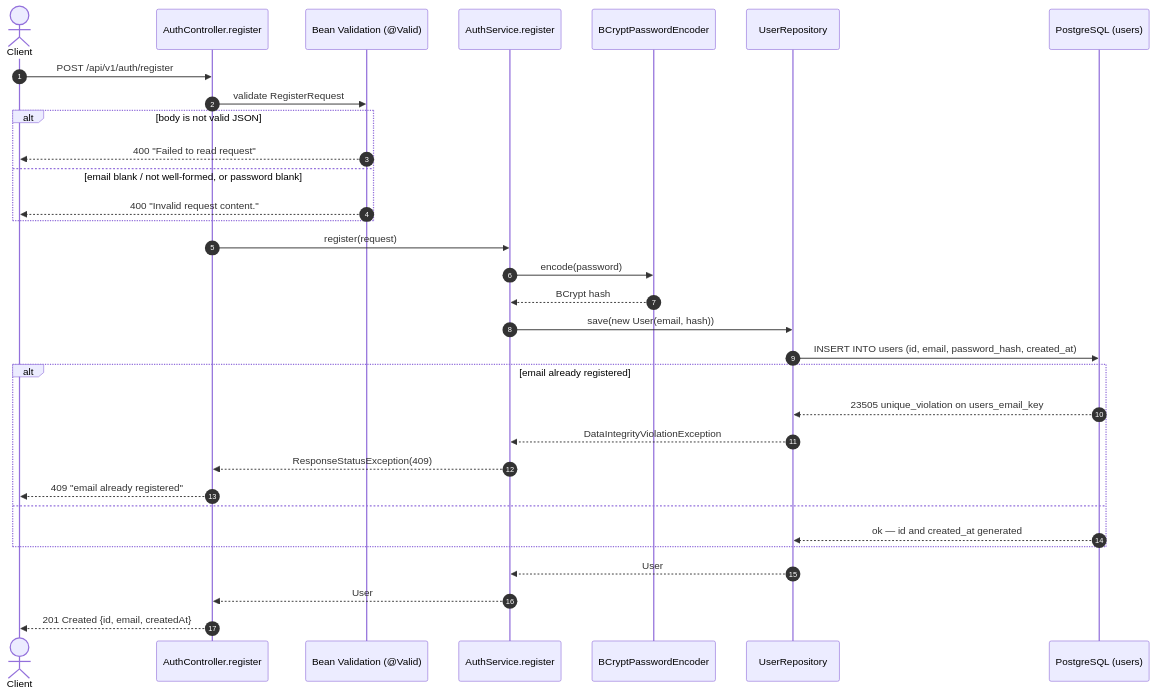
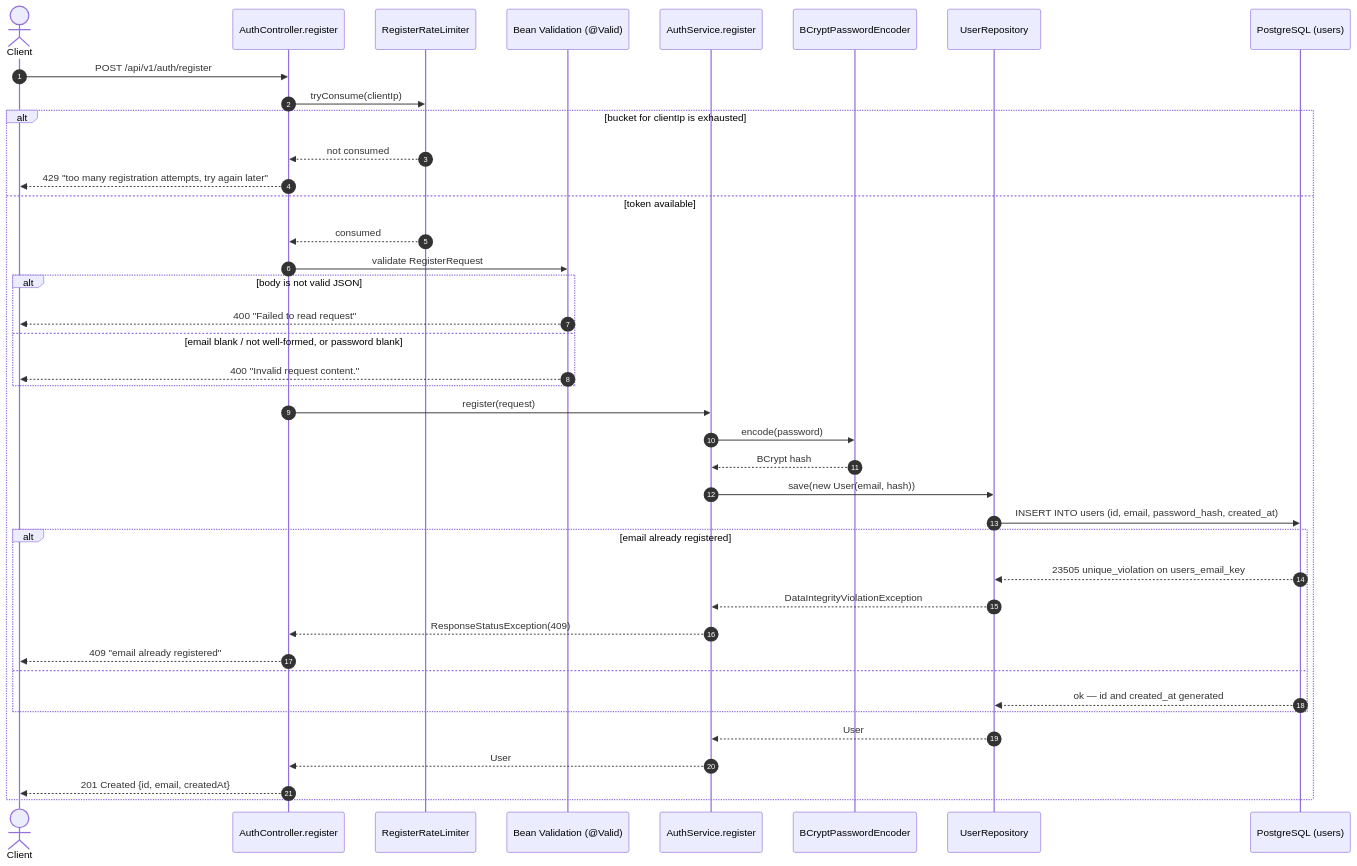
One commit to nhhthong/cafefin changed the diagram in resources/docs/REGISTER.md. Above: the diagram before and after it, drawn with Mermaid. The commit also changed other lines of this file and 3 other files, not shown here.

````diff
--- a/resources/docs/REGISTER.md
+++ b/resources/docs/REGISTER.md
@@ -45,39 +46,48 @@
 ```mermaid
 sequenceDiagram
     autonumber
     actor Client
     participant H as AuthController.register
+    participant L as RegisterRateLimiter
     participant V as Bean Validation (@Valid)
     participant S as AuthService.register
     participant E as BCryptPasswordEncoder
     participant R as UserRepository
     participant DB as PostgreSQL (users)
 
     Client->>H: POST /api/v1/auth/register
-    H->>V: validate RegisterRequest
+    H->>L: tryConsume(clientIp)
 
-    alt body is not valid JSON
-        V-->>Client: 400 "Failed to read request"
-    else email blank / not well-formed, or password blank
-        V-->>Client: 400 "Invalid request content."
+    alt bucket for clientIp is exhausted
+        L-->>H: not consumed
+        H-->>Client: 429 "too many registration attempts, try again later"
+    else token available
+        L-->>H: consumed
+        H->>V: validate RegisterRequest
+
+        alt body is not valid JSON
+            V-->>Client: 400 "Failed to read request"
+        else email blank / not well-formed, or password blank
+            V-->>Client: 400 "Invalid request content."
+        end
+
+        H->>S: register(request)
+        S->>E: encode(password)
+        E-->>S: BCrypt hash
+        S->>R: save(new User(email, hash))
+        R->>DB: INSERT INTO users (id, email, password_hash, created_at)
+
+        alt email already registered
+            DB-->>R: 23505 unique_violation on users_email_key
+            R-->>S: DataIntegrityViolationException
+            S-->>H: ResponseStatusException(409)
+            H-->>Client: 409 "email already registered"
+        else
+            DB-->>R: ok — id and created_at generated
+        end
+
+        R-->>S: User
+        S-->>H: User
+        H-->>Client: 201 Created {id, email, createdAt}
     end
-
-    H->>S: register(request)
-    S->>E: encode(password)
-    E-->>S: BCrypt hash
-    S->>R: save(new User(email, hash))
-    R->>DB: INSERT INTO users (id, email, password_hash, created_at)
-
-    alt email already registered
-        DB-->>R: 23505 unique_violation on users_email_key
-        R-->>S: DataIntegrityViolationException
-        S-->>H: ResponseStatusException(409)
-        H-->>Client: 409 "email already registered"
-    else
-        DB-->>R: ok — id and created_at generated
-    end
-
-    R-->>S: User
-    S-->>H: User
-    H-->>Client: 201 Created {id, email, createdAt}
 ```
````
